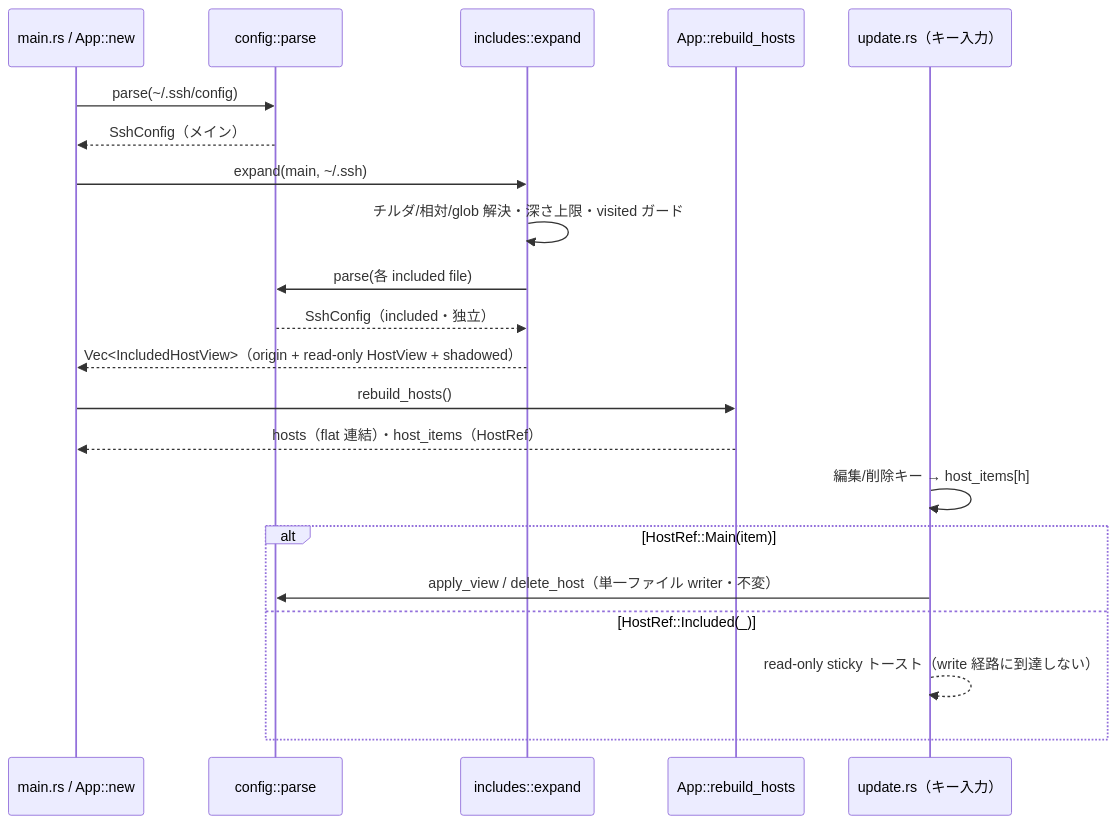
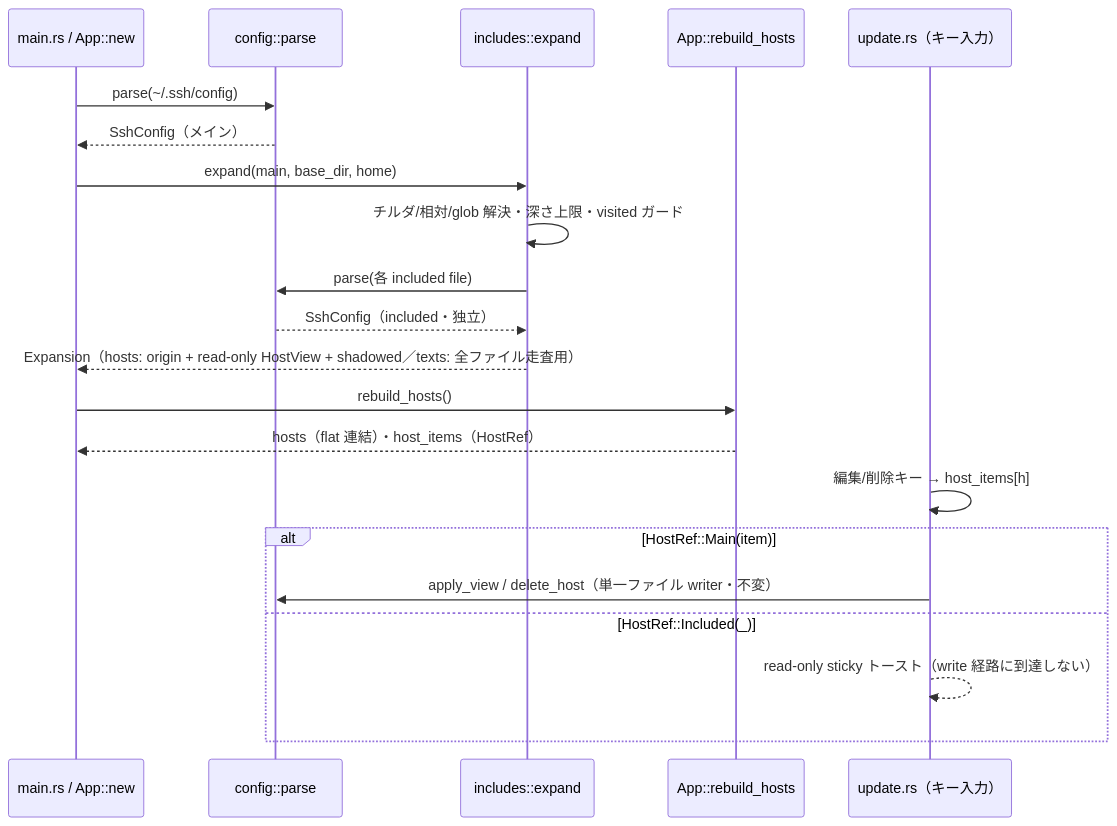
The second of 2 diagrams in docs/design/includes.md (nakaba-lab/ssh-manager-tui), drawn with Mermaid before and after one commit. The commit also changed other lines of this file and 10 other files, not shown here.

First line of the commit message:
feat(config): Include ディレクティブの read-only 展開に対応

````diff
--- a/docs/design/includes.md
+++ b/docs/design/includes.md
@@ -50,23 +50,23 @@
 ```mermaid
 sequenceDiagram
     participant M as main.rs / App::new
     participant C as config::parse
     participant I as includes::expand
     participant A as App::rebuild_hosts
     participant U as update.rs（キー入力）
     M->>C: parse(~/.ssh/config)
     C-->>M: SshConfig（メイン）
-    M->>I: expand(main, ~/.ssh)
+    M->>I: expand(main, base_dir, home)
     I->>I: チルダ/相対/glob 解決・深さ上限・visited ガード
     I->>C: parse(各 included file)
     C-->>I: SshConfig（included・独立）
-    I-->>M: Vec<IncludedHostView>（origin + read-only HostView + shadowed）
+    I-->>M: Expansion（hosts: origin + read-only HostView + shadowed／texts: 全ファイル走査用）
     M->>A: rebuild_hosts()
     A-->>M: hosts（flat 連結）・host_items（HostRef）
     U->>U: 編集/削除キー → host_items[h]
     alt HostRef::Main(item)
         U->>C: apply_view / delete_host（単一ファイル writer・不変）
     else HostRef::Included(_)
         U-->>U: read-only sticky トースト（write 経路に到達しない）
     end
 ```
````
